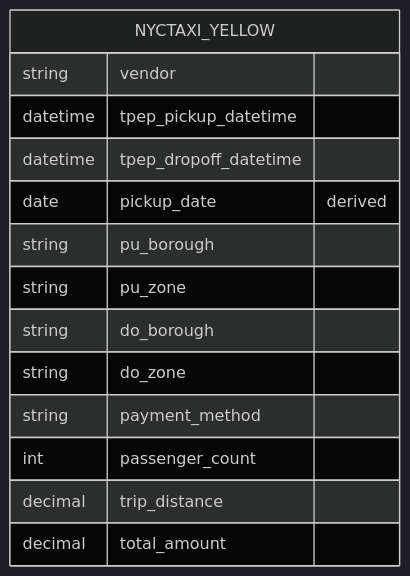
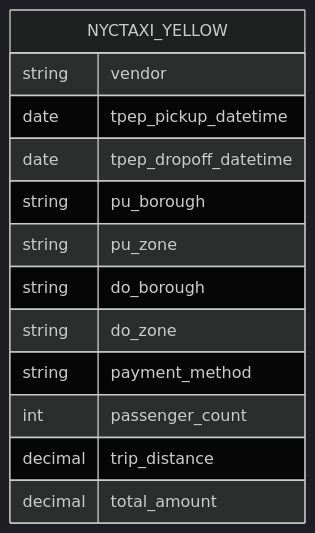
One commit to glcapitan/microsoft-fabric-nyc-taxi-analytics changed the diagram in docs/semantic-model.md. Above: the diagram before and after it, drawn with Mermaid (dark theme). The commit also changed other lines of this file, not shown here.

````diff
--- a/docs/semantic-model.md
+++ b/docs/semantic-model.md
@@ -13,17 +15,16 @@
 ```mermaid
 erDiagram
     NYCTAXI_YELLOW {
         string vendor
-        datetime tpep_pickup_datetime
-        datetime tpep_dropoff_datetime
-        date pickup_date "derived"
+        date tpep_pickup_datetime
+        date tpep_dropoff_datetime
         string pu_borough
         string pu_zone
         string do_borough
         string do_zone
         string payment_method
         int passenger_count
         decimal trip_distance
         decimal total_amount
     }
 ```
````
